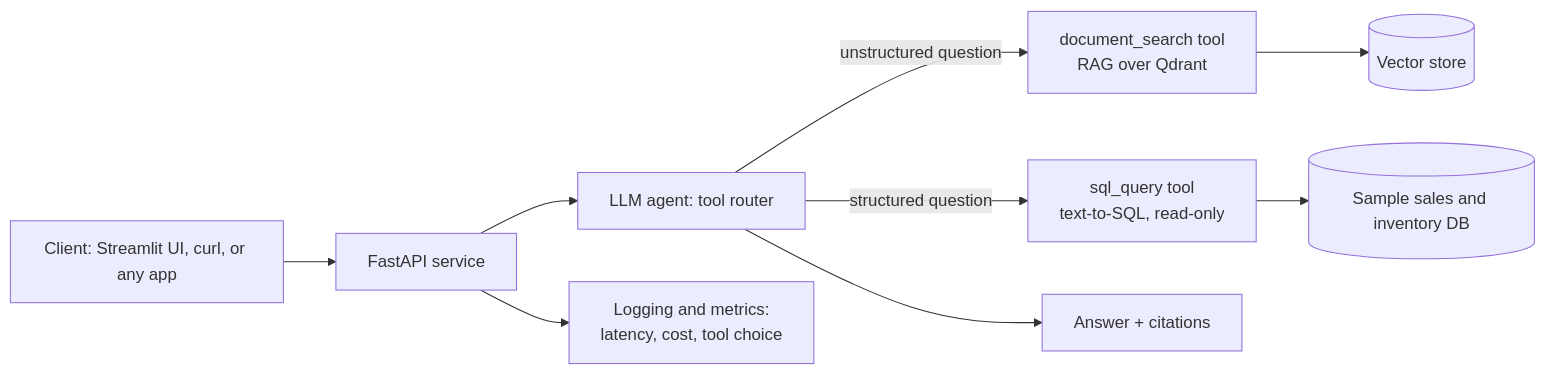
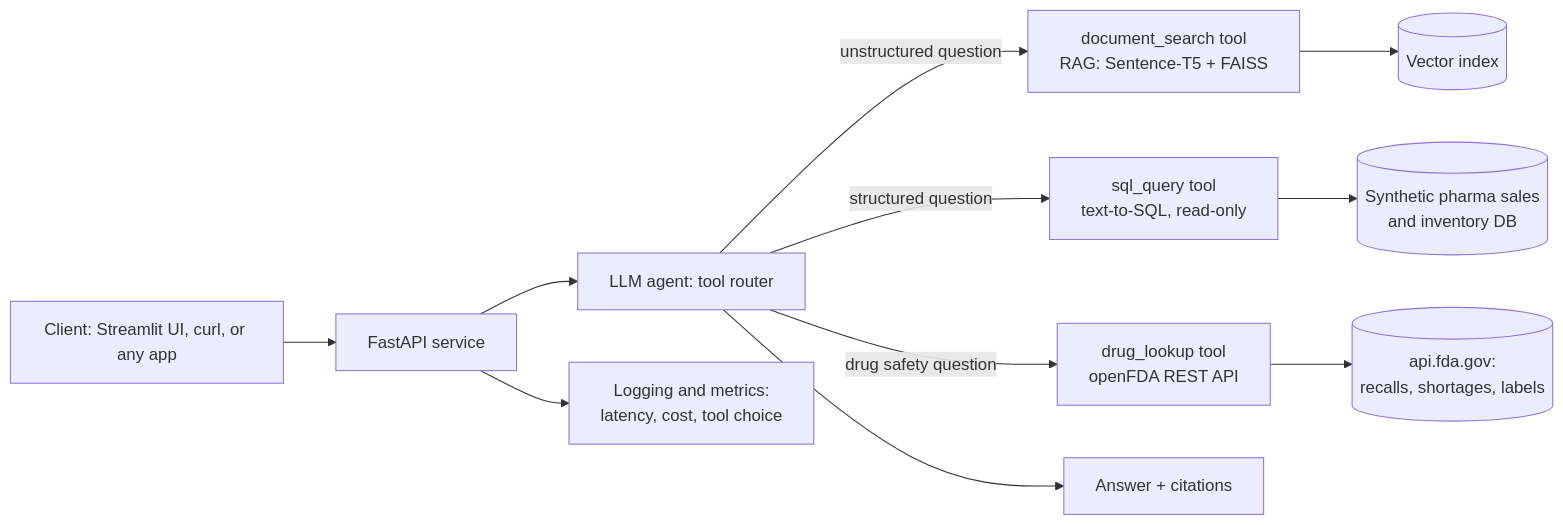
The diagram in README.md (afzengin/llm-data-agent-api), drawn with Mermaid before and after one commit. The commit also changed other lines of this file, not shown here.

Commit message:
Refocus design on pharmaceutical supply questions; add openFDA drug_lookup tool

````diff
--- a/README.md
+++ b/README.md
@@ -28,11 +30,13 @@
 ```mermaid
 flowchart LR
     U[Client: Streamlit UI, curl, or any app] --> API[FastAPI service]
     API --> AG[LLM agent: tool router]
-    AG -->|unstructured question| DS[document_search tool<br/>RAG over Qdrant]
+    AG -->|unstructured question| DS[document_search tool<br/>RAG: Sentence-T5 + FAISS]
     AG -->|structured question| SQL[sql_query tool<br/>text-to-SQL, read-only]
-    DS --> VDB[(Vector store)]
-    SQL --> DB[(Sample sales and inventory DB)]
+    AG -->|drug safety question| FDA[drug_lookup tool<br/>openFDA REST API]
+    DS --> VDB[(Vector index)]
+    SQL --> DB[(Synthetic pharma sales<br/>and inventory DB)]
+    FDA --> EXT[(api.fda.gov:<br/>recalls, shortages, labels)]
     AG --> ANS[Answer + citations]
     API --> MON[Logging and metrics:<br/>latency, cost, tool choice]
 ```
````
